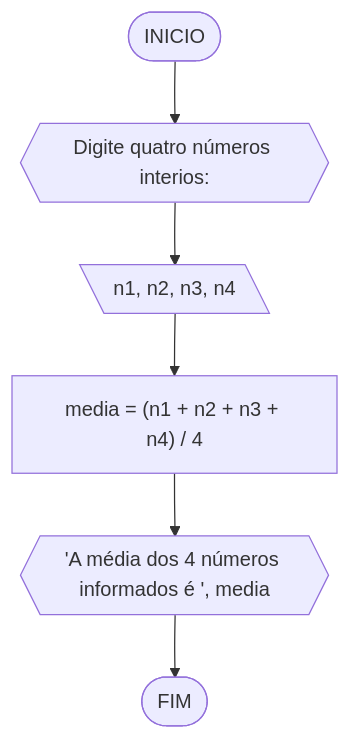
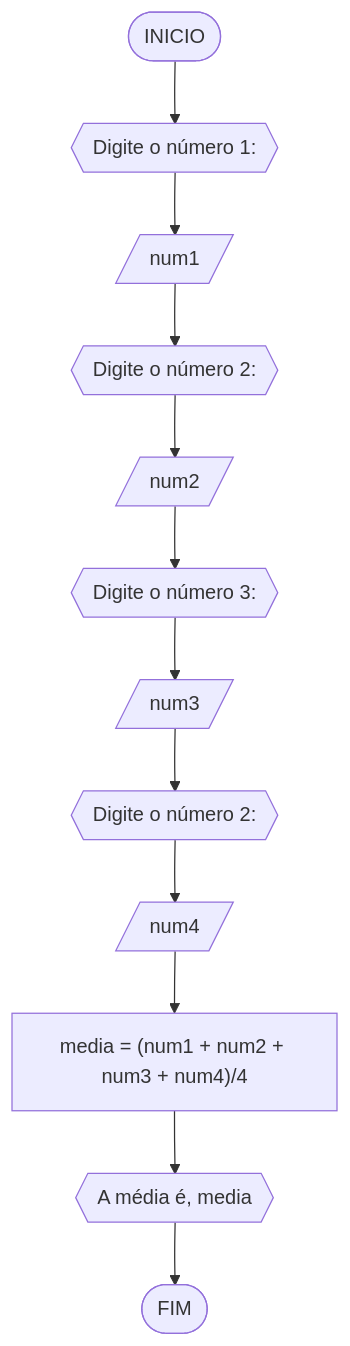
One commit to carollyra/UNIFOR changed the second of 5 diagrams in RLA/lista2_ex.md. Above: the diagram before and after it, drawn with Mermaid. The commit also changed other lines of this file, not shown here.

````diff
--- a/RLA/lista2_ex.md
+++ b/RLA/lista2_ex.md
@@ -64,8 +71,14 @@
 ```mermaid
 flowchart TD
-A([INICIO]) --> B{{Digite quatro números interios:}}
-B --> C[\n1, n2, n3, n4\]
-C --> D["media = (n1 + n2 + n3 + n4) / 4"]
-D --> E{{'A média dos 4 números informados é ', media}}
-E --> F([FIM])
+A([INICIO]) --> B{{"Digite o número 1:"}}
+B --> C[/num1/]
+C --> D{{"Digite o número 2:"}}
+D --> E[/num2/]
+E --> F{{"Digite o número 3:"}}
+F --> G[/num3/]
+G --> H{{"Digite o número 2:"}}
+H --> I[/num4/]
+I --> J["media = (num1 + num2 + num3 + num4)/4"]
+J --> K{{A média é, media}}
+K --> L([FIM]) 
 ```
````
